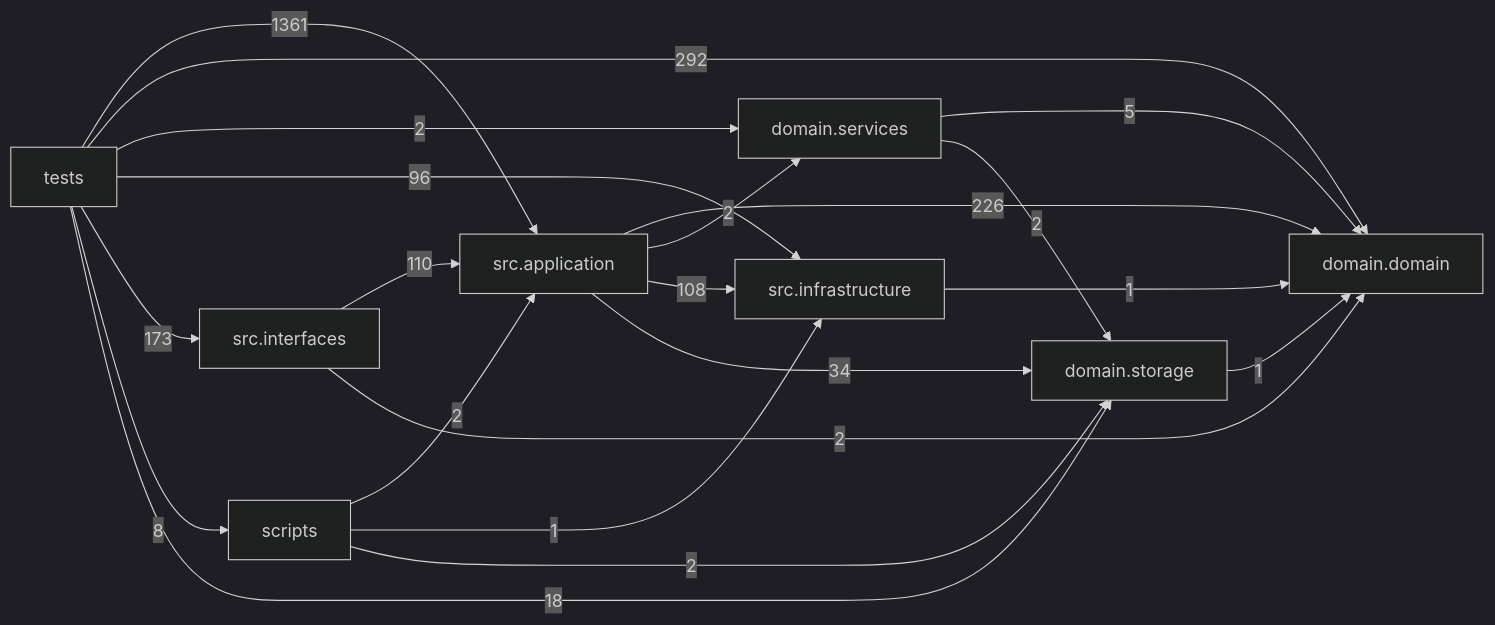
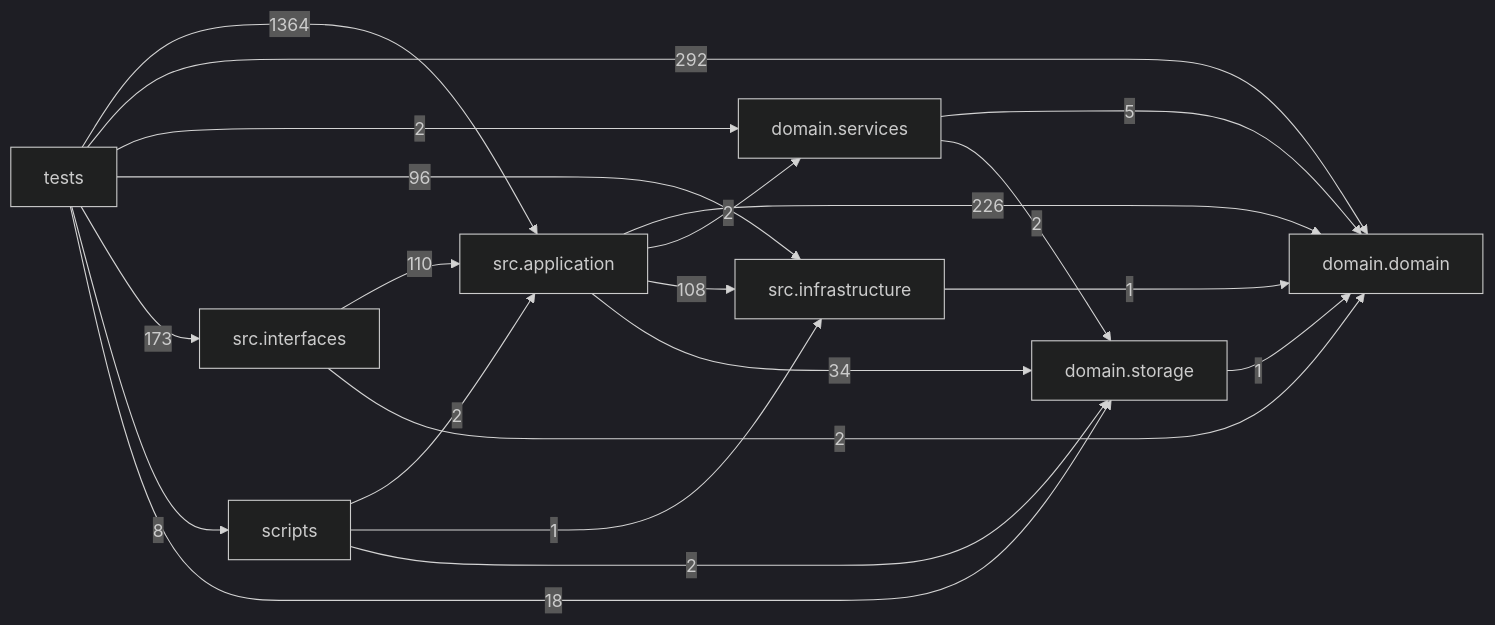
The diagram in docs/DEPENDENCY_GRAPH.md (liuxie066/options-monitor), drawn with Mermaid (dark theme) before and after one commit. The commit also changed other lines of this file and 2 other files, not shown here.

````diff
--- a/docs/DEPENDENCY_GRAPH.md
+++ b/docs/DEPENDENCY_GRAPH.md
@@ -24,31 +24,31 @@
 ```mermaid
 flowchart LR
   tests["tests"]
   scripts["scripts"]
   interfaces["src.interfaces"]
   application["src.application"]
   infrastructure["src.infrastructure"]
   domain_services["domain.services"]
   domain["domain.domain"]
   storage["domain.storage"]
   application -->|226| domain
   application -->|2| domain_services
   application -->|108| infrastructure
   application -->|34| storage
   domain_services -->|5| domain
   domain_services -->|2| storage
   infrastructure -->|1| domain
   interfaces -->|110| application
   interfaces -->|2| domain
   scripts -->|2| application
   scripts -->|1| infrastructure
   scripts -->|2| storage
   storage -->|1| domain
-  tests -->|1361| application
+  tests -->|1364| application
   tests -->|292| domain
   tests -->|2| domain_services
   tests -->|96| infrastructure
   tests -->|173| interfaces
   tests -->|8| scripts
   tests -->|18| storage
 ```
````
